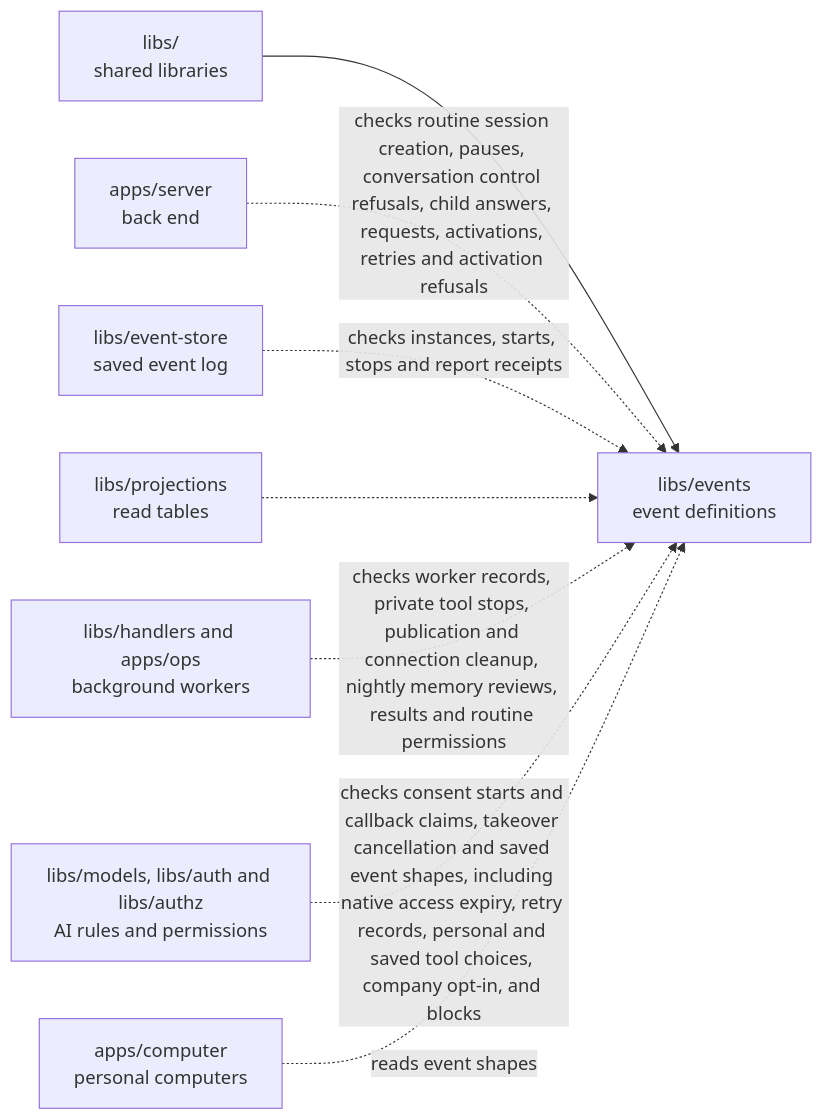
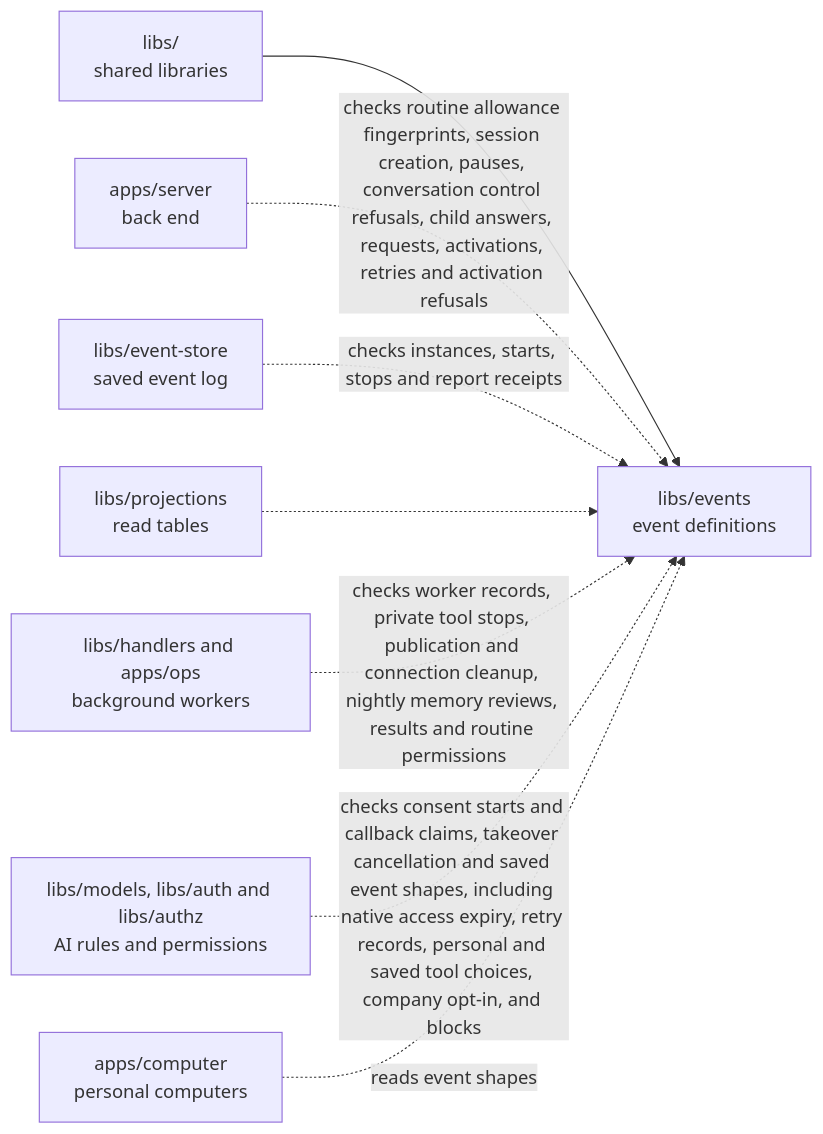
The diagram in libs/events/README.md (elewa-git/opencrane-new), drawn with Mermaid before and after one commit. The commit also changed other lines of this file and 11 other files, not shown here.

Commit message:
💶 Allocate one checked routine allowance without starting work

````diff
--- a/libs/events/README.md
+++ b/libs/events/README.md
@@ -24,10 +27,10 @@
 ```mermaid
 flowchart LR
   parent["libs/<br/>shared libraries"] --> events["libs/events<br/>event definitions"]
-  server["apps/server<br/>back end"] -.->|checks routine session creation, pauses, conversation control refusals, child answers, requests, activations, retries and activation refusals| events
+  server["apps/server<br/>back end"] -.->|checks routine allowance fingerprints, session creation, pauses, conversation control refusals, child answers, requests, activations, retries and activation refusals| events
   store["libs/event-store<br/>saved event log"] -.->|checks instances, starts, stops and report receipts| events
   projections["libs/projections<br/>read tables"] -.-> events
   workers["libs/handlers and apps/ops<br/>background workers"] -.->|checks worker records, private tool stops, publication and connection cleanup, nightly memory reviews, results and routine permissions| events
   models["libs/models, libs/auth and libs/authz<br/>AI rules and permissions"] -.->|checks consent starts and callback claims, takeover cancellation and saved event shapes, including native access expiry, retry records, personal and saved tool choices, company opt-in, and blocks| events
   computer["apps/computer<br/>personal computers"] -.->|reads event shapes| events
 ```
````
